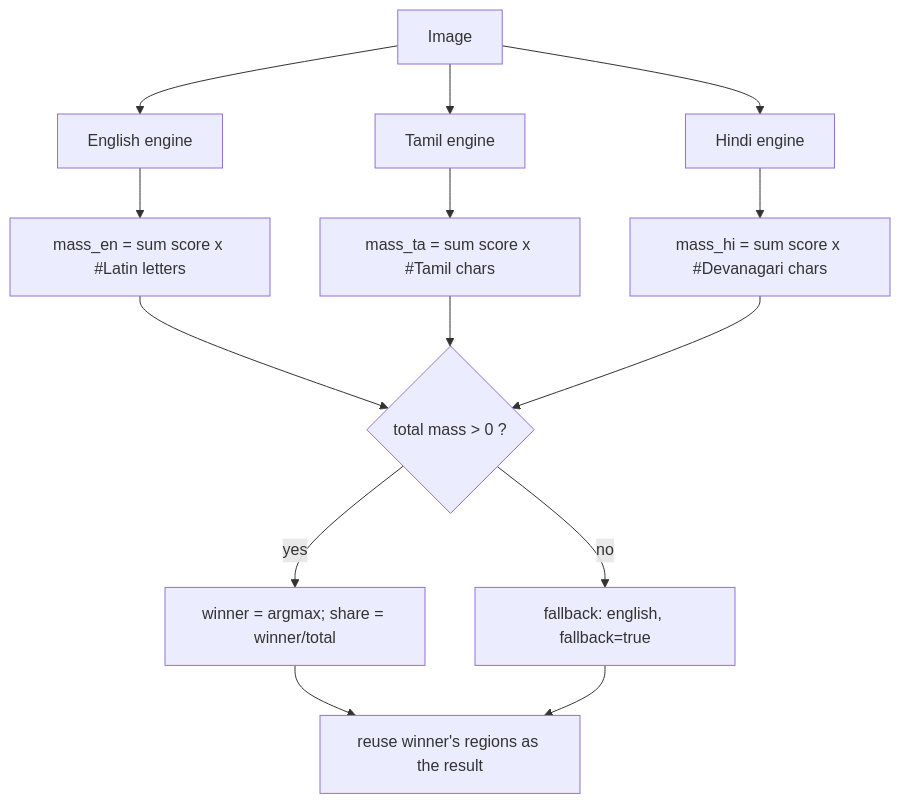
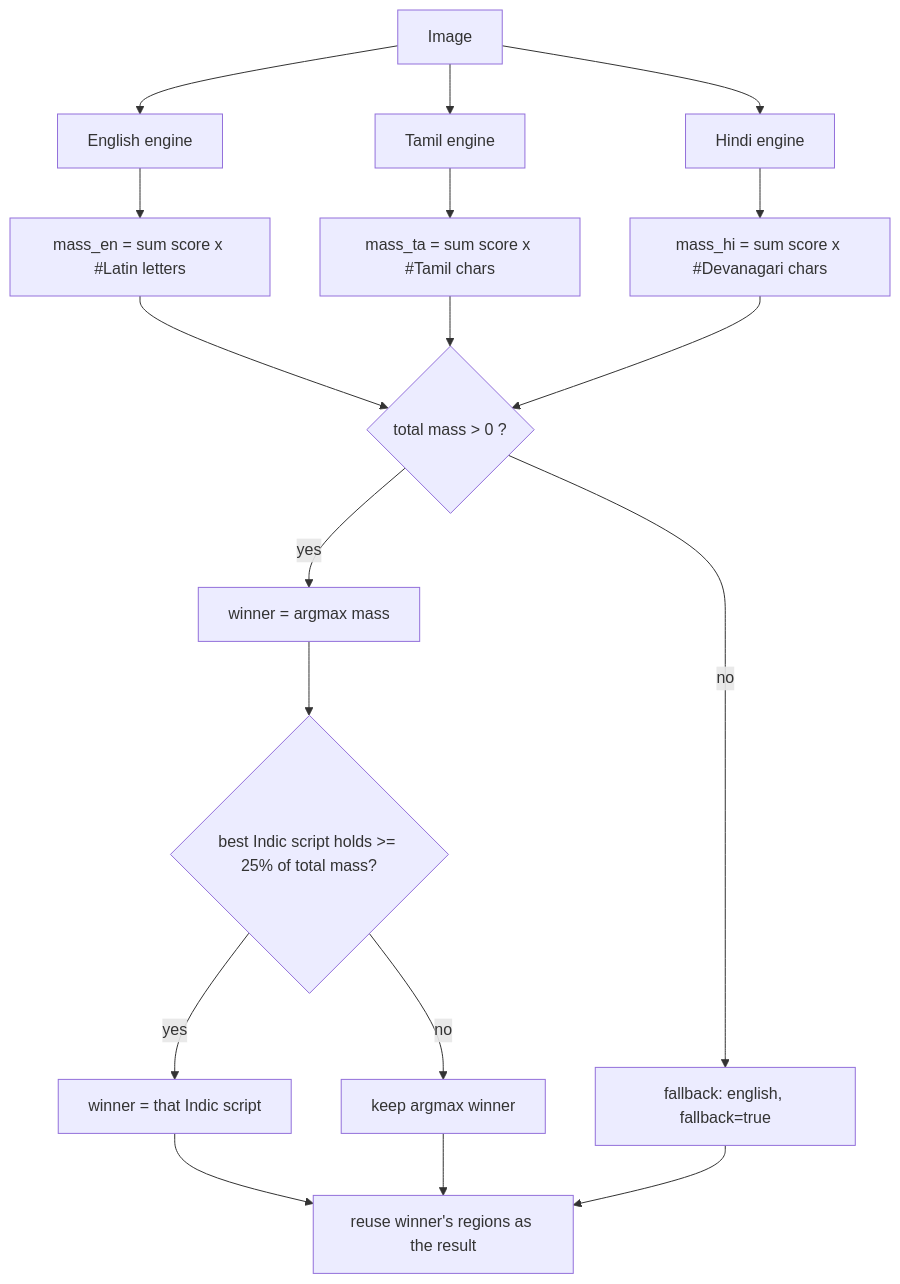
One commit to ripuns/Multilingual-OCR-Detection changed the third of 4 diagrams in README.md. Above: the diagram before and after it, drawn with Mermaid. The commit also changed other lines of this file and 2 other files, not shown here.

Commit message:
docs: update documentation for reading order and script detection logic

````diff
--- a/README.md
+++ b/README.md
@@ -320,12 +324,16 @@
 ```mermaid
 flowchart TD
     I[Image] --> E1[English engine] & E2[Tamil engine] & E3[Hindi engine]
     E1 --> M1[mass_en = sum score x #Latin letters]
     E2 --> M2[mass_ta = sum score x #Tamil chars]
     E3 --> M3[mass_hi = sum score x #Devanagari chars]
     M1 & M2 & M3 --> T{total mass > 0 ?}
     T -- no --> FB[fallback: english, fallback=true]
-    T -- yes --> W[winner = argmax; share = winner/total]
+    T -- yes --> A[winner = argmax mass]
+    A --> O{best Indic script holds >= 25% of total mass?}
+    O -- yes --> W[winner = that Indic script]
+    O -- no --> W2[keep argmax winner]
     W --> R[reuse winner's regions as the result]
+    W2 --> R
     FB --> R
 ```
````
